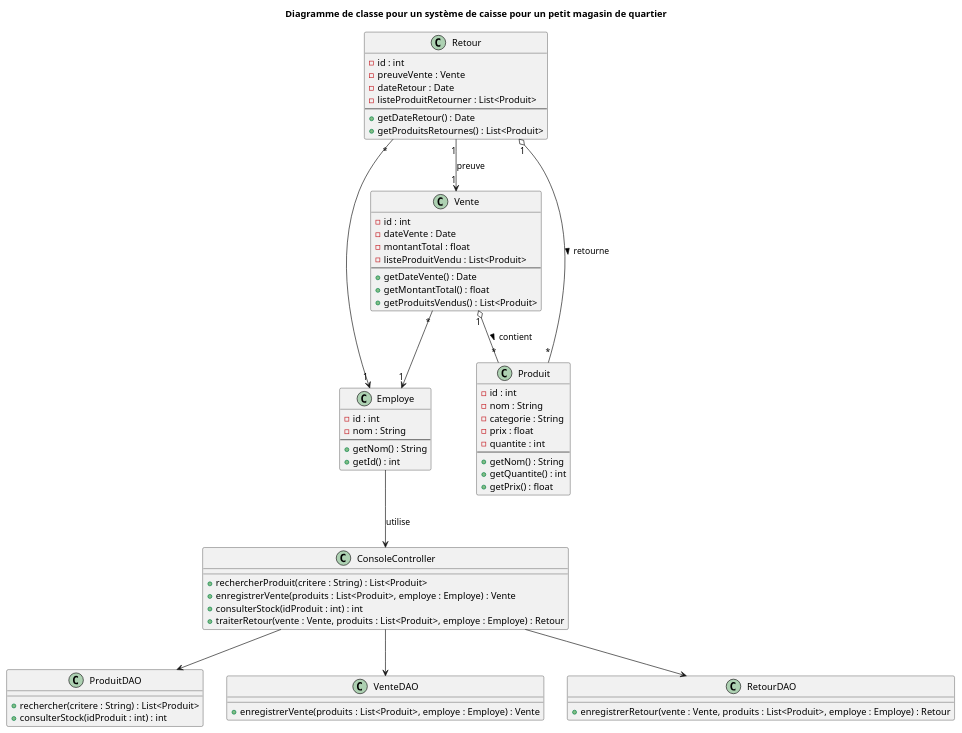
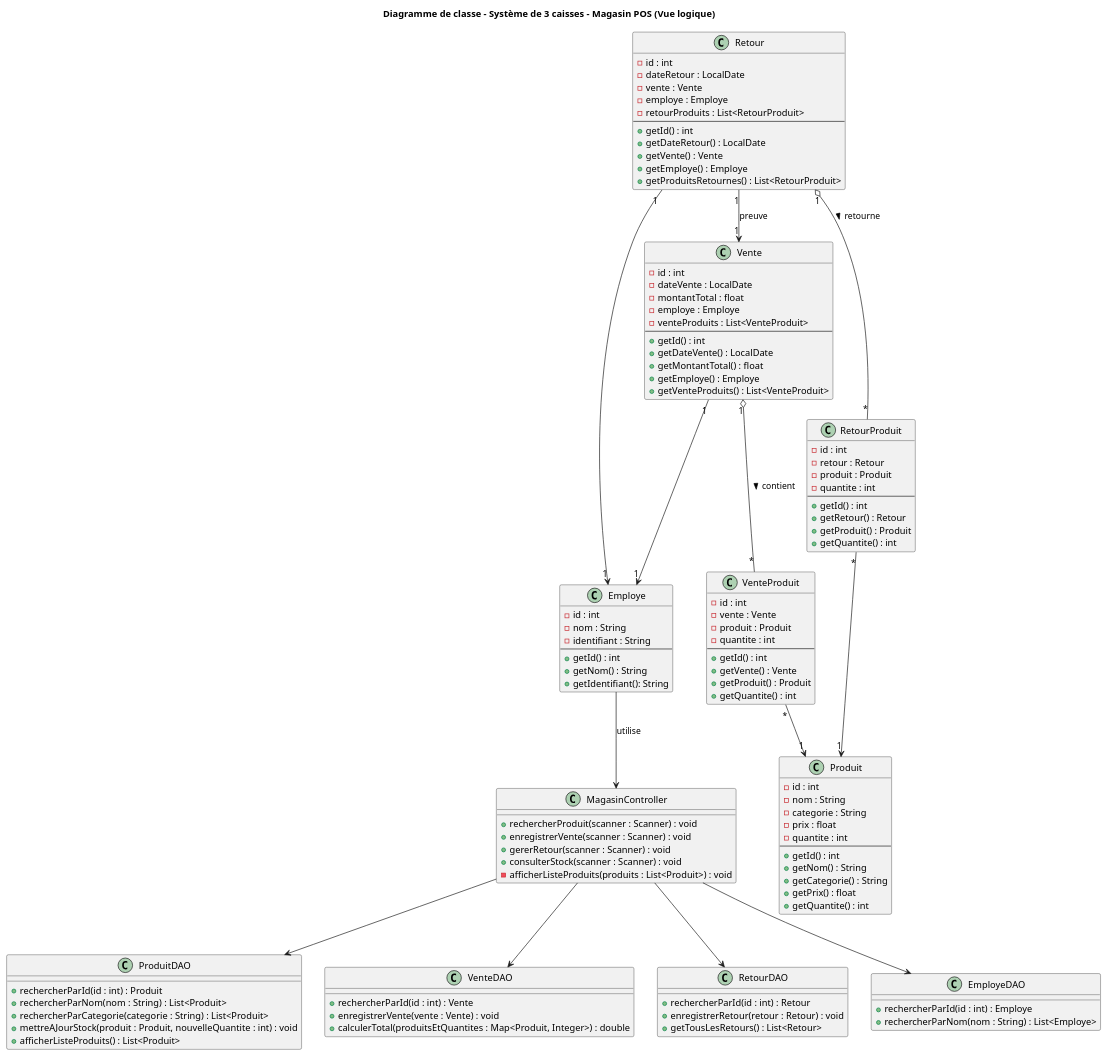
The diagram in docs/diagrams/dcl.puml (SlitherinSnake/tp0-1-2-log430), drawn with PlantUML before and after one commit. The commit also changed 4 other files, not shown here.

Commit message:
Update bon dcl et changement de nom dune methode pour plus explicative

```diff
--- a/docs/diagrams/dcl.puml
+++ b/docs/diagrams/dcl.puml
@@ -1,80 +1,134 @@
 @startuml
-title Diagramme de classe pour un système de caisse pour un petit magasin de quartier
+title Diagramme de classe - Système de 3 caisses - Magasin POS (Vue logique)
 
-' === Entités ===
+' === Entités principales ===
 class Employe {
   - id : int
   - nom : String
+  - identifiant : String
   --
+  + getId() : int
   + getNom() : String
-  + getId() : int
+  + getIdentifiant(): String
 }
 
 class Produit {
   - id : int
   - nom : String
   - categorie : String
   - prix : float
   - quantite : int
   --
+  + getId() : int
   + getNom() : String
+  + getCategorie() : String
+  + getPrix() : float
   + getQuantite() : int
-  + getPrix() : float
 }
 
 class Vente {
   - id : int
-  - dateVente : Date
+  - dateVente : LocalDate
   - montantTotal : float
-  - listeProduitVendu : List<Produit>
+  - employe : Employe
+  - venteProduits : List<VenteProduit>
   --
-  + getDateVente() : Date
+  + getId() : int
+  + getDateVente() : LocalDate
   + getMontantTotal() : float
-  + getProduitsVendus() : List<Produit>
+  + getEmploye() : Employe
+  + getVenteProduits() : List<VenteProduit>
 }
 
 class Retour {
   - id : int
-  - preuveVente : Vente
-  - dateRetour : Date
-  - listeProduitRetourner : List<Produit>
+  - dateRetour : LocalDate
+  - vente : Vente
+  - employe : Employe
+  - retourProduits : List<RetourProduit>
   --
-  + getDateRetour() : Date
-  + getProduitsRetournes() : List<Produit>
+  + getId() : int
+  + getDateRetour() : LocalDate
+  + getVente() : Vente
+  + getEmploye() : Employe
+  + getProduitsRetournes() : List<RetourProduit>
+}
+
+class VenteProduit {
+  - id : int
+  - vente : Vente
+  - produit : Produit
+  - quantite : int
+  --
+  + getId() : int
+  + getVente() : Vente
+  + getProduit() : Produit
+  + getQuantite() : int
+}
+
+class RetourProduit {
+  - id : int
+  - retour : Retour
+  - produit : Produit
+  - quantite : int
+  --
+  + getId() : int
+  + getRetour() : Retour
+  + getProduit() : Produit
+  + getQuantite() : int
 }
 
 ' === DAO ===
 class ProduitDAO {
-  + rechercher(critere : String) : List<Produit>
-  + consulterStock(idProduit : int) : int
+  + rechercherParId(id : int) : Produit
+  + rechercherParNom(nom : String) : List<Produit>
+  + rechercherParCategorie(categorie : String) : List<Produit>
+  + mettreAJourStock(produit : Produit, nouvelleQuantite : int) : void
+  + afficherListeProduits() : List<Produit>
 }
 
+
 class VenteDAO {
-  + enregistrerVente(produits : List<Produit>, employe : Employe) : Vente
+  + rechercherParId(id : int) : Vente
+  + enregistrerVente(vente : Vente) : void
+  + calculerTotal(produitsEtQuantites : Map<Produit, Integer>) : double
 }
 
 class RetourDAO {
-  + enregistrerRetour(vente : Vente, produits : List<Produit>, employe : Employe) : Retour
+  + rechercherParId(id : int) : Retour
+  + enregistrerRetour(retour : Retour) : void
+  + getTousLesRetours() : List<Retour>
 }
 
-' === Contrôleur console ===
-class ConsoleController {
-  + rechercherProduit(critere : String) : List<Produit>
-  + enregistrerVente(produits : List<Produit>, employe : Employe) : Vente
-  + consulterStock(idProduit : int) : int
-  + traiterRetour(vente : Vente, produits : List<Produit>, employe : Employe) : Retour
+class EmployeDAO {
+  + rechercherParId(id : int) : Employe
+  + rechercherParNom(nom : String) : List<Employe>
+}
+
+' === Contrôleur ===
+class MagasinController {
+  + rechercherProduit(scanner : Scanner) : void
+  + enregistrerVente(scanner : Scanner) : void
+  + gererRetour(scanner : Scanner) : void
+  + consulterStock(scanner : Scanner) : void
+  - afficherListeProduits(produits : List<Produit>) : void
 }
 
 ' === Relations ===
-Employe --> ConsoleController : utilise
-ConsoleController --> ProduitDAO
-ConsoleController --> VenteDAO
-ConsoleController --> RetourDAO
+Employe --> MagasinController : utilise
+MagasinController --> ProduitDAO
+MagasinController --> VenteDAO
+MagasinController --> RetourDAO
+MagasinController --> EmployeDAO
 
-Vente "*" --> "1" Employe
-Retour "*" --> "1" Employe
+Vente "1" --> "1" Employe
+Retour "1" --> "1" Employe
 Retour "1" --> "1" Vente : preuve
-Vente "1" o-- "*" Produit : contient >
-Retour "1" o-- "*" Produit : retourne >
+
+Vente "1" o-- "*" VenteProduit : contient >
+Retour "1" o-- "*" RetourProduit : retourne >
+
+VenteProduit "*" --> "1" Produit
+RetourProduit "*" --> "1" Produit
 
 @enduml
```
